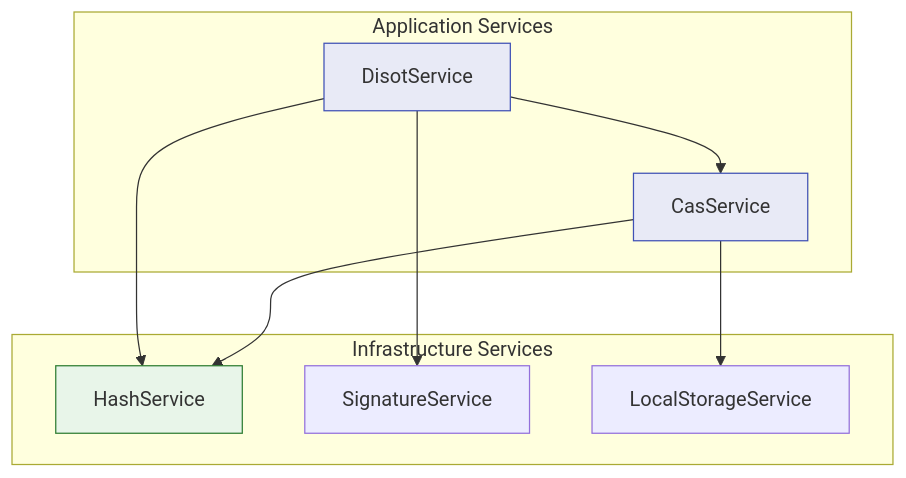
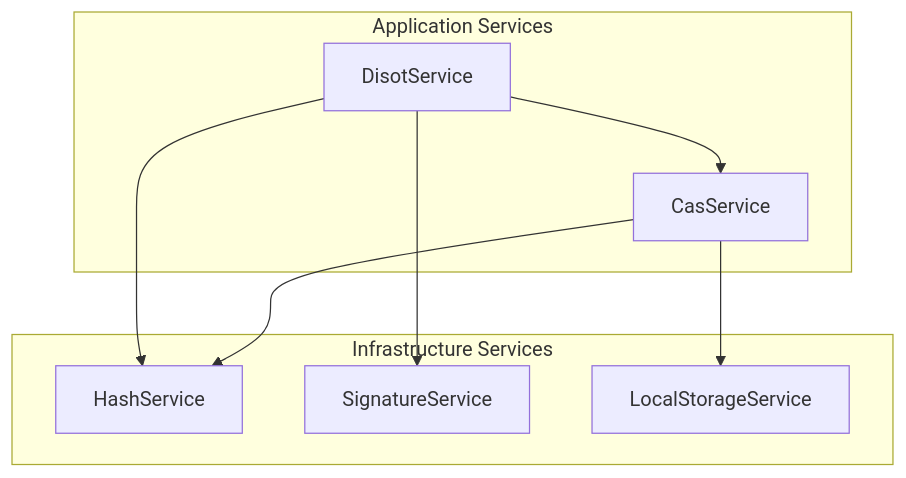
The sixth of 6 diagrams in docs/api/services.md (o2alexanderfedin/angular-cas-disot), drawn with Mermaid before and after one commit. The commit also changed other lines of this file and 18 other files, not shown here.

````diff
--- a/docs/api/services.md
+++ b/docs/api/services.md
@@ -363,23 +388,23 @@
 ```mermaid
 graph TD
     subgraph "Application Services"
         CAS[CasService]
         DISOT[DisotService]
     end
     
     subgraph "Infrastructure Services"
         HASH[HashService]
         SIG[SignatureService]
         STORE[LocalStorageService]
     end
     
     CAS --> HASH
     CAS --> STORE
     DISOT --> CAS
     DISOT --> SIG
     DISOT --> HASH
     
-    style CAS fill:#e8eaf6,stroke:#3f51b5
-    style DISOT fill:#e8eaf6,stroke:#3f51b5
-    style HASH fill:#e8f5e9,stroke:#2e7d32
+    
+    
+    
 ```
````
